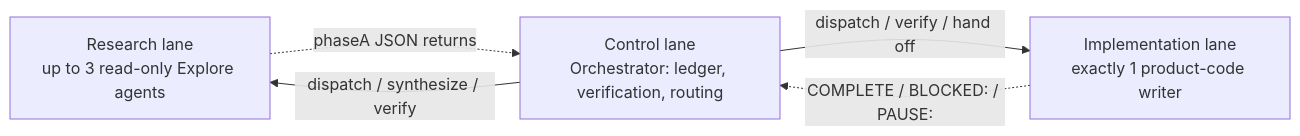
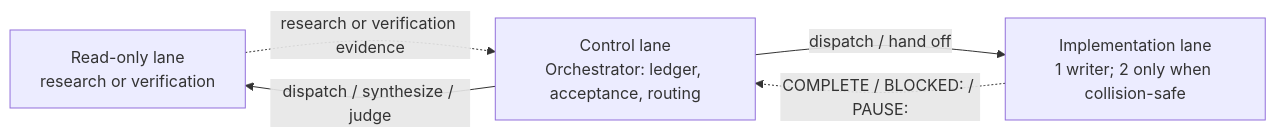
Before and after one commit to r-siddiq/harness-echelon: the first of 2 diagrams in README.md, drawn with Mermaid. The commit also changed other lines of this file and 5 other files, not shown here.

````diff
--- a/README.md
+++ b/README.md
@@ -71,10 +72,10 @@
 ```mermaid
 flowchart LR
-    R["Research lane<br/>up to 3 read-only Explore agents"]
-    C["Control lane<br/>Orchestrator: ledger, verification, routing"]
-    W["Implementation lane<br/>exactly 1 product-code writer"]
-    C -- "dispatch / synthesize / verify" --> R
-    C -- "dispatch / verify / hand off" --> W
-    R -. "phaseA JSON returns" .-> C
+    R["Read-only lane<br/>research or verification"]
+    C["Control lane<br/>Orchestrator: ledger, acceptance, routing"]
+    W["Implementation lane<br/>1 writer; 2 only when collision-safe"]
+    C -- "dispatch / synthesize / judge" --> R
+    C -- "dispatch / hand off" --> W
+    R -. "research or verification evidence" .-> C
     W -. "COMPLETE / BLOCKED: / PAUSE:" .-> C
 ```
````
